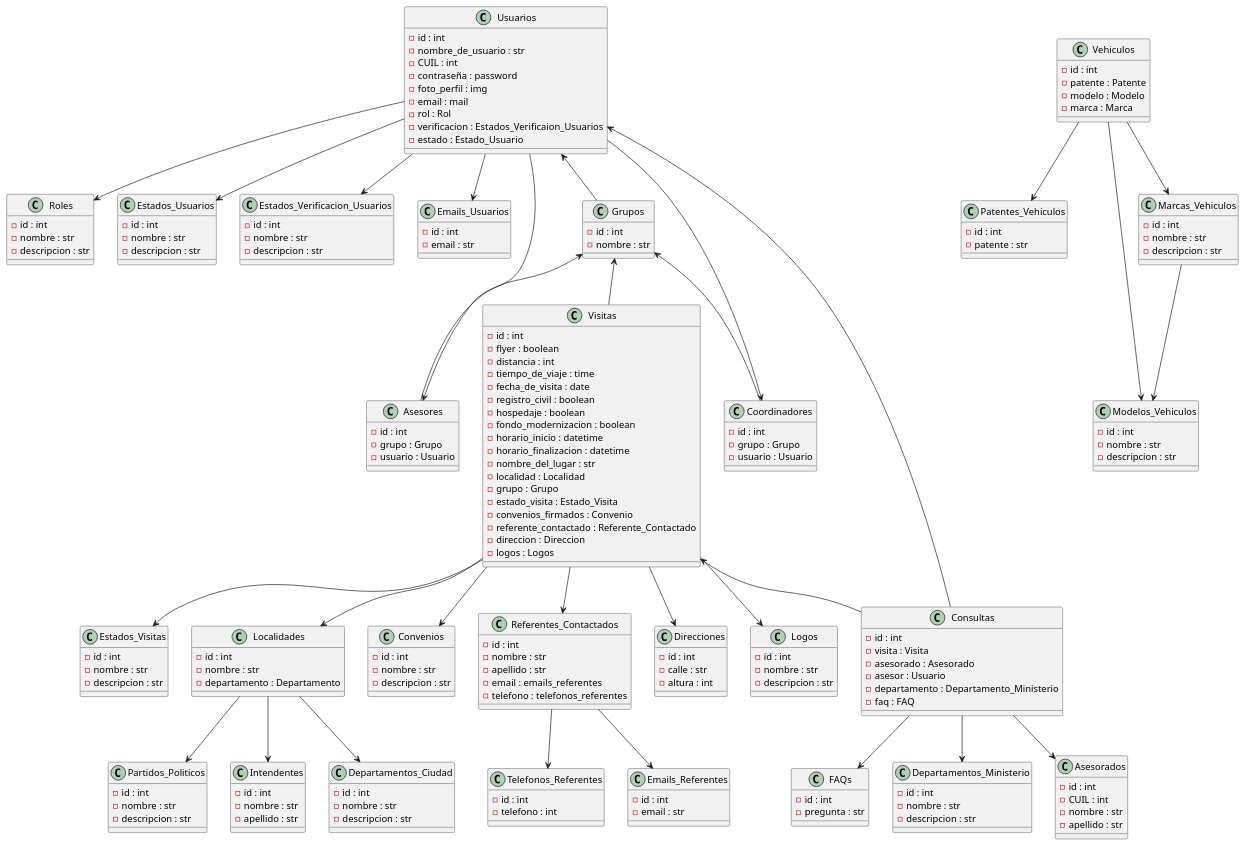
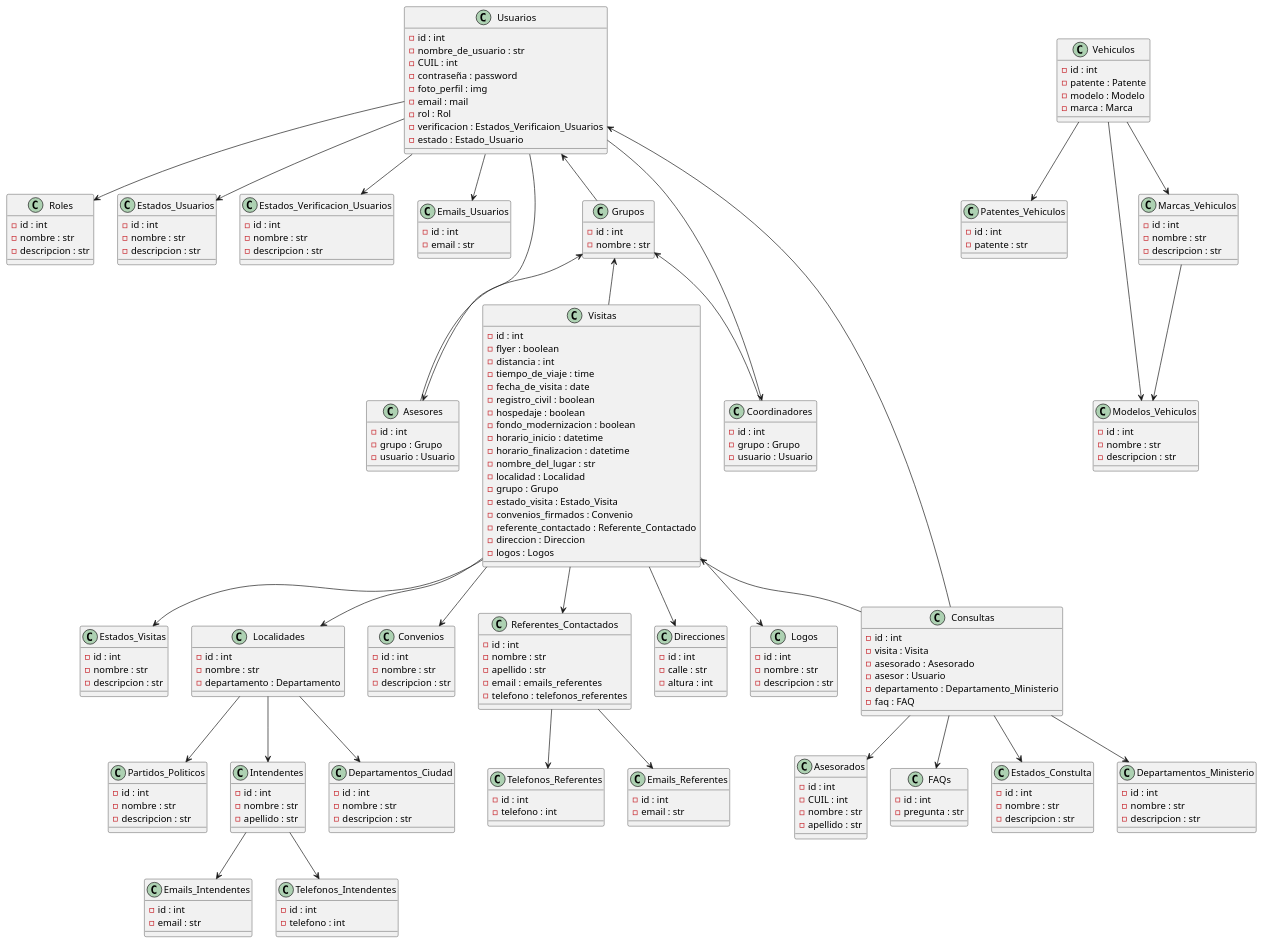
One commit to MateMar04/financiation changed the diagram in Database_Source/diagram.wsd. Above: the diagram before and after it, drawn with PlantUML. The commit also changed 2 other files, not shown here.

```diff
--- a/Database_Source/diagram.wsd
+++ b/Database_Source/diagram.wsd
@@ -192,6 +192,22 @@
     -usuario : Usuario
 }
 
+class Emails_Intendentes {
+    -id : int
+    -email : str
+}
+
+class Telefonos_Intendentes {
+    -id : int
+    -telefono : int
+}
+
+class Estados_Constulta {
+    -id : int
+    -nombre : str
+    -descripcion : str
+}
+
 Usuarios --> Roles
 Usuarios <-- Grupos
 Usuarios --> Estados_Usuarios
@@ -222,5 +238,8 @@
 Grupos <-- Coordinadores
 Usuarios --> Asesores
 Grupos <-- Asesores
+Intendentes --> Telefonos_Intendentes
+Intendentes --> Emails_Intendentes
+Consultas --> Estados_Constulta
 
 @enduml
```
